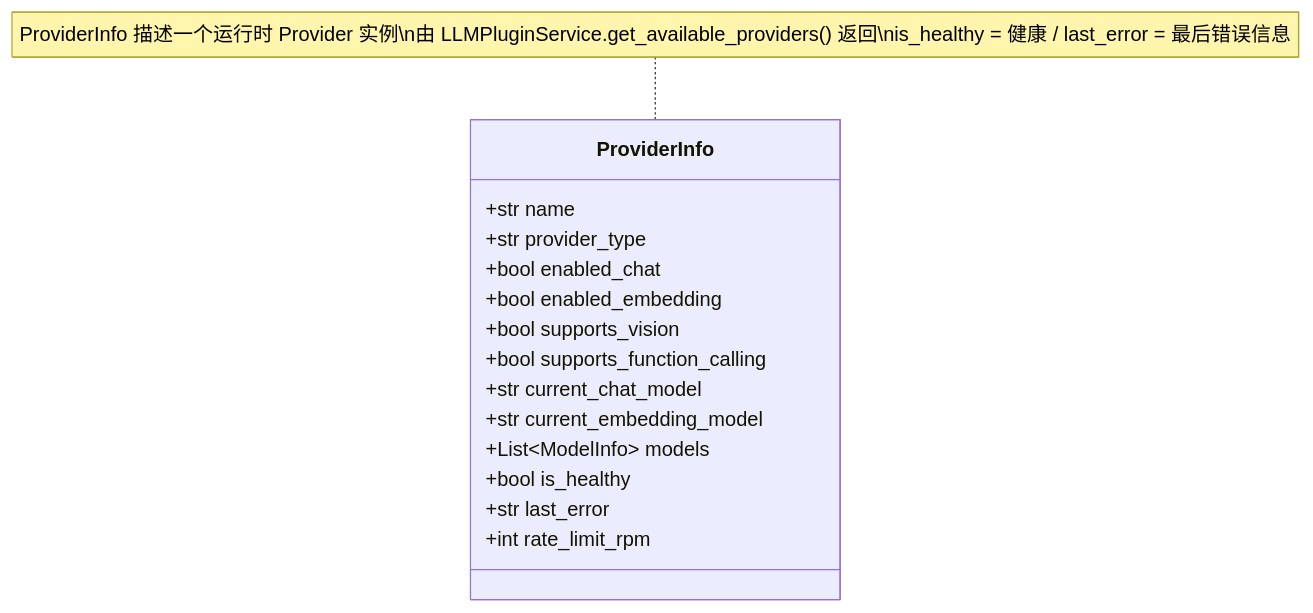
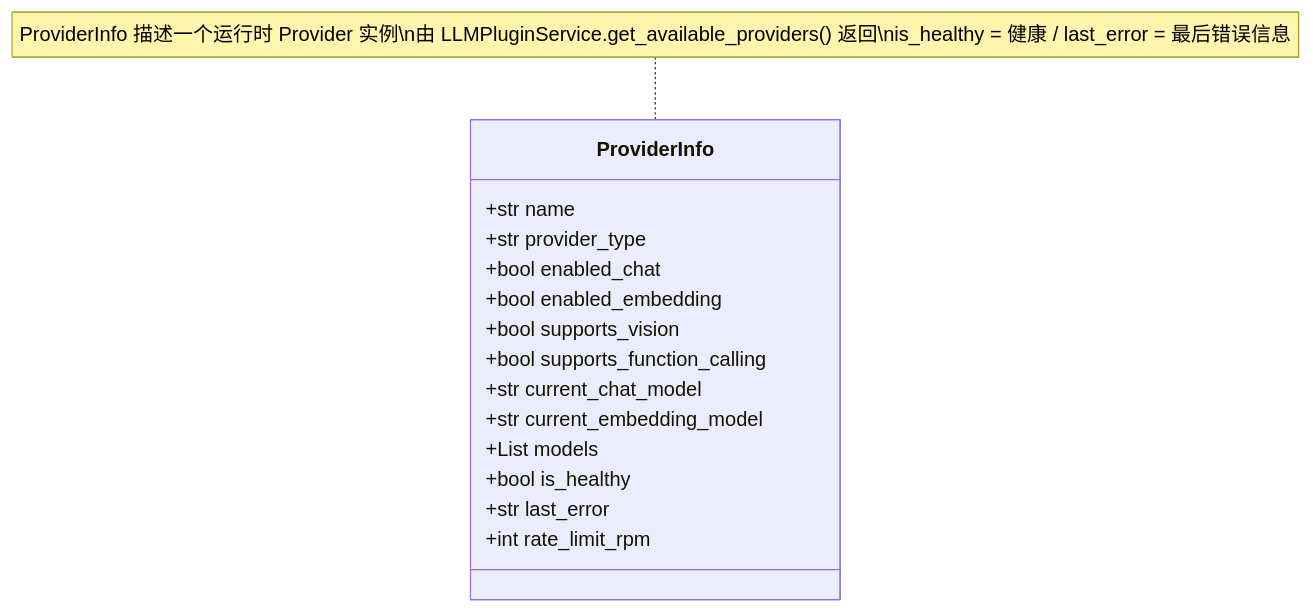
One commit to KKPIP-Tech/InstructionX changed the second of 8 diagrams in docs/core/llm-provider/api-reference.md. Above: the diagram before and after it, drawn with Mermaid. The commit also changed other lines of this file and 5 other files, not shown here.

First line of the commit message:
docs: 标准化文档 Mermaid 图表格式（移除 HTML 换行符、统一标签语法）

````diff
--- a/docs/core/llm-provider/api-reference.md
+++ b/docs/core/llm-provider/api-reference.md
@@ -262,21 +262,21 @@
 ```mermaid
 classDiagram
     direction TB
 
     class ProviderInfo {
         +str name
         +str provider_type
         +bool enabled_chat
         +bool enabled_embedding
         +bool supports_vision
         +bool supports_function_calling
         +str current_chat_model
         +str current_embedding_model
-        +List~ModelInfo~ models
+        +List models
         +bool is_healthy
         +str last_error
         +int rate_limit_rpm
     }
 
     note for ProviderInfo "ProviderInfo 描述一个运行时 Provider 实例\n由 LLMPluginService.get_available_providers() 返回\nis_healthy = 健康 / last_error = 最后错误信息"
 ```
````
